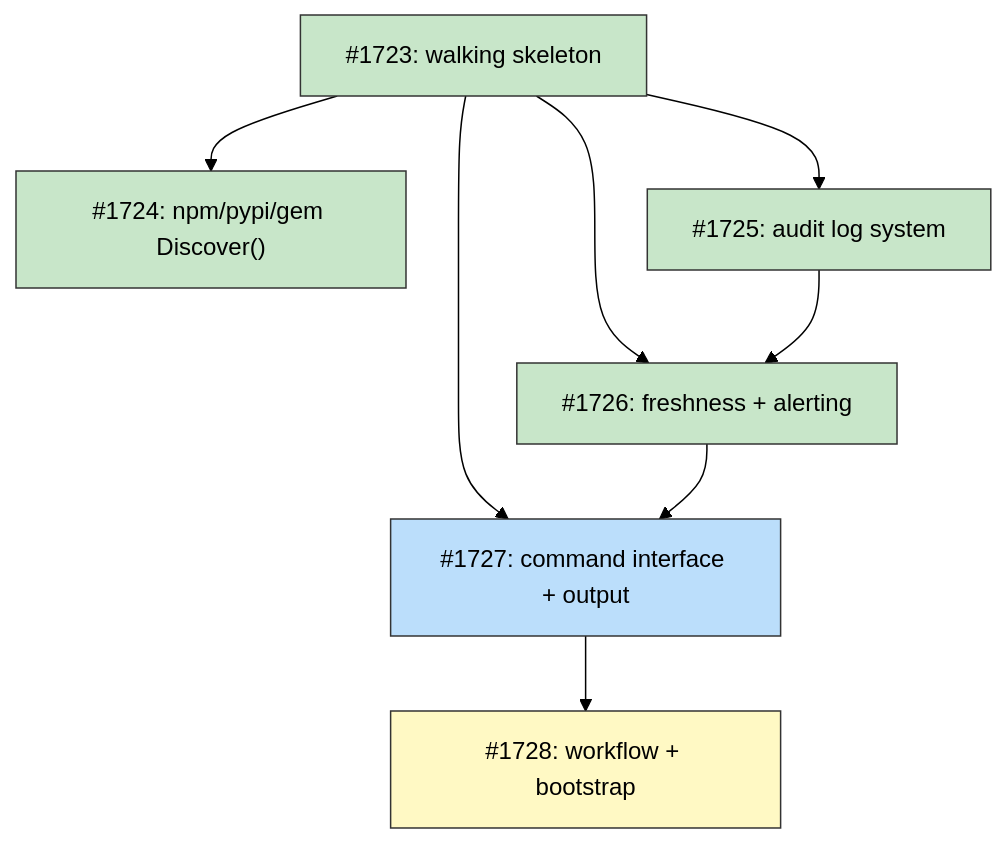
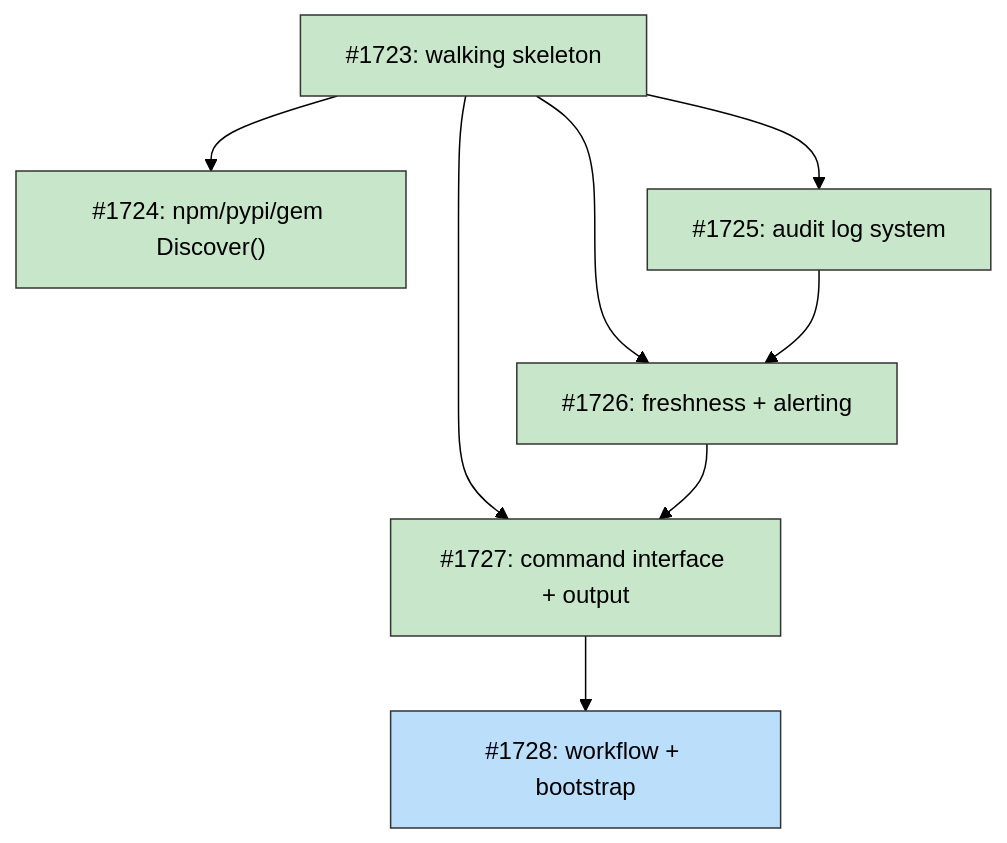
The diagram in docs/designs/DESIGN-automated-seeding.md (tsukumogami/tsuku), drawn with Mermaid (forest theme) before and after one commit. The commit also changed other lines of this file and 1 other file, not shown here.

Commit message:
docs(design): mark #1727 complete in automated-seeding design
Update design doc to strikethrough issue #1727 and mark its diagram
node as done. Promote #1728 from blocked to ready since its only
dependency (#1727) is now complete. Update state file with implementation
summary.

````diff
--- a/docs/designs/DESIGN-automated-seeding.md
+++ b/docs/designs/DESIGN-automated-seeding.md
@@ -55,29 +55,29 @@
 ```mermaid
 graph TD
     I1723["#1723: walking skeleton"]
     I1724["#1724: npm/pypi/gem Discover()"]
     I1725["#1725: audit log system"]
     I1726["#1726: freshness + alerting"]
     I1727["#1727: command interface + output"]
     I1728["#1728: workflow + bootstrap"]
 
     I1723 --> I1724
     I1723 --> I1725
     I1723 --> I1726
     I1725 --> I1726
     I1723 --> I1727
     I1726 --> I1727
     I1727 --> I1728
 
     classDef done fill:#c8e6c9,stroke:#333
     classDef ready fill:#bbdefb,stroke:#333
     classDef blocked fill:#fff9c4,stroke:#333
     classDef needsDesign fill:#e1bee7,stroke:#333
 
     class I1723 done
     class I1724 done
     class I1725 done
     class I1726 done
-    class I1727 ready
-    class I1728 blocked
+    class I1727 done
+    class I1728 ready
 ```
````
